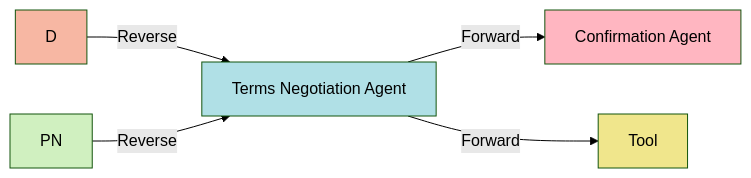
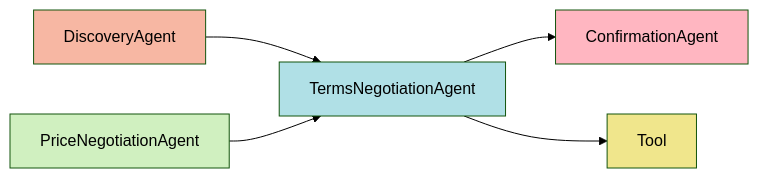
The fifth of 13 diagrams in arch/bap-state-machine.md (beckn/transactional-ai-bap), drawn with Mermaid (forest theme) before and after one commit. The commit also changed other lines of this file, not shown here.

````diff
--- a/arch/bap-state-machine.md
+++ b/arch/bap-state-machine.md
@@ -193,13 +196,14 @@
 ```mermaid
 graph LR
-    TN[Terms Negotiation Agent] -->|Forward| C[Confirmation Agent]
-    TN -->|Forward| Tool
-    D -->|Reverse| TN
-    PN -->|Reverse| TN
+    TermsNegotiationAgent --> ConfirmationAgent
+    TermsNegotiationAgent --> Tool
+    DiscoveryAgent --> TermsNegotiationAgent
+    PriceNegotiationAgent --> TermsNegotiationAgent
 
-    style TN fill:#b0e0e6
-    style C fill:#ffb6c1
-    style D fill:#f7b7a3
-    style PN fill:#d0f0c0
+    style TermsNegotiationAgent fill:#b0e0e6
+    style ConfirmationAgent fill:#ffb6c1
+    style DiscoveryAgent fill:#f7b7a3
+    style PriceNegotiationAgent fill:#d0f0c0
     style Tool fill:#f0e68c
+
 ```
````
